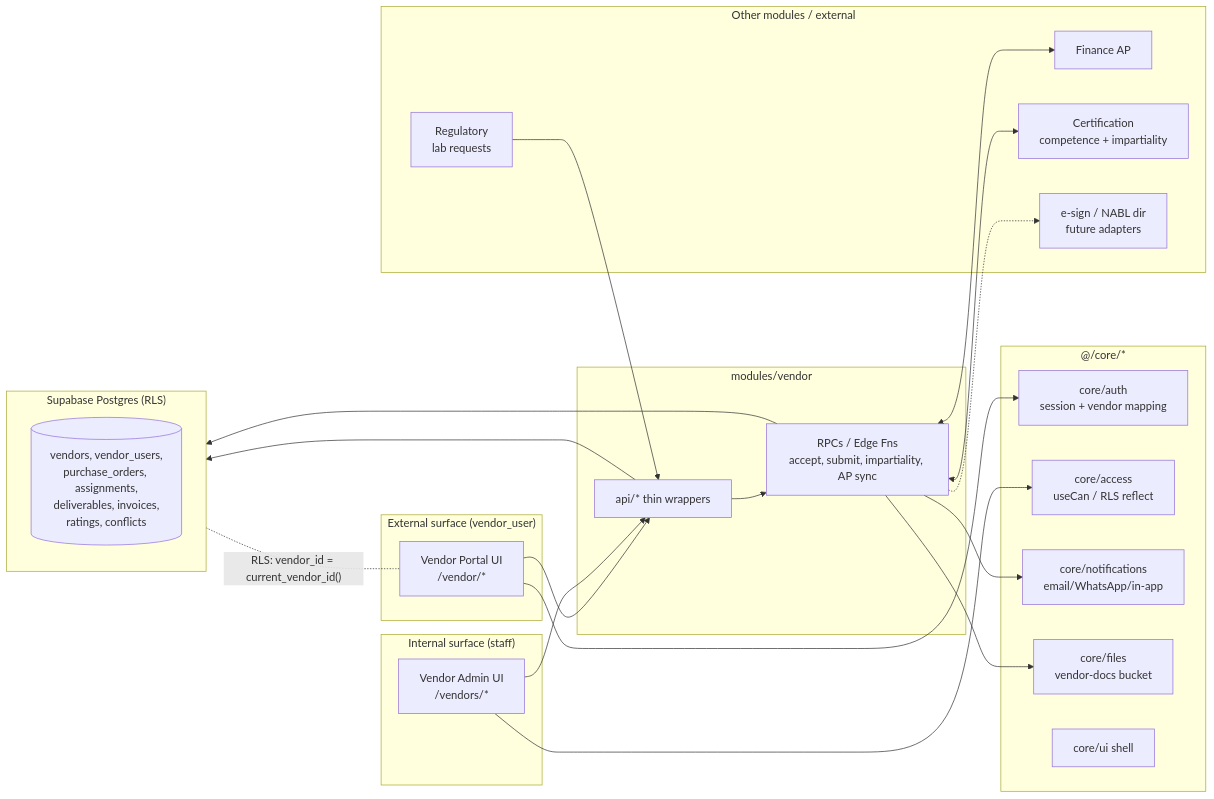
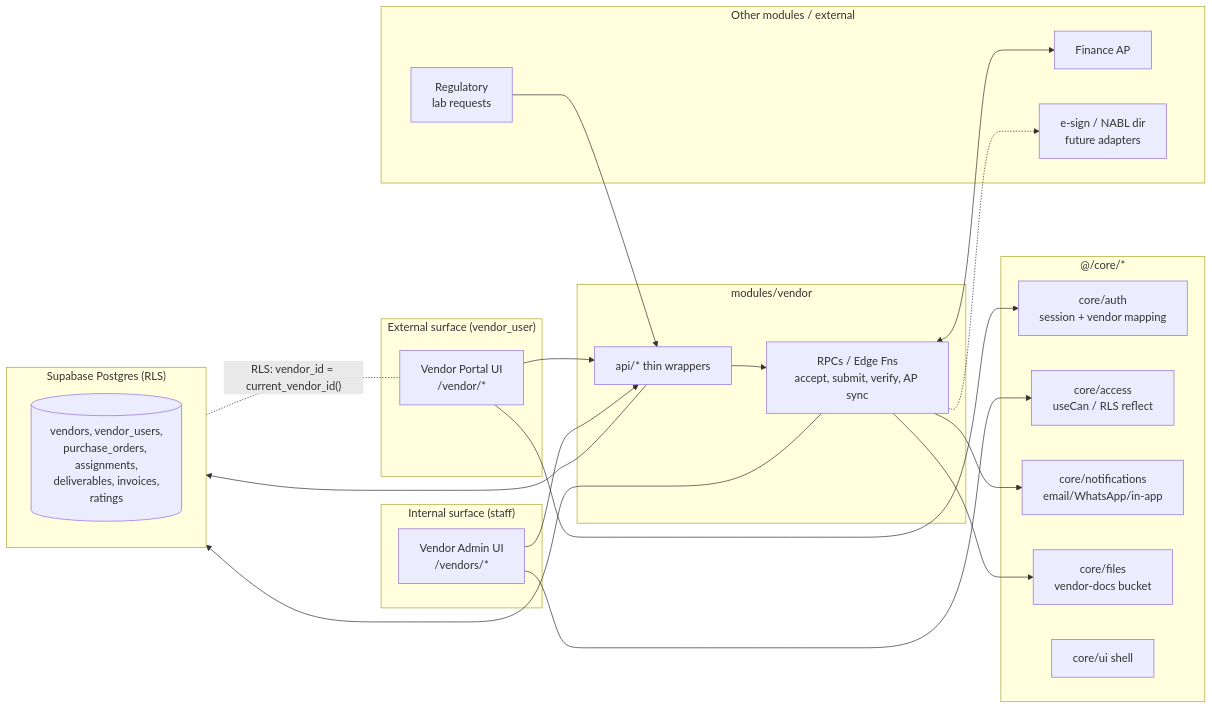
Before and after one commit to taruntps/tps-oms: the fourth of 4 diagrams in docs/architecture/modules/vendor-portal.md, drawn with Mermaid. The commit also changed other lines of this file and 21 other files, not shown here.

````diff
--- a/docs/architecture/modules/vendor-portal.md
+++ b/docs/architecture/modules/vendor-portal.md
@@ -502,48 +473,46 @@
 ```mermaid
 flowchart LR
   subgraph External["External surface (vendor_user)"]
     VP[Vendor Portal UI\n/vendor/*]
   end
   subgraph Internal["Internal surface (staff)"]
     IU[Vendor Admin UI\n/vendors/*]
   end
 
   subgraph Core["@/core/*"]
     AUTH[core/auth\nsession + vendor mapping]
     ACCESS[core/access\nuseCan / RLS reflect]
     NOTIF[core/notifications\nemail/WhatsApp/in-app]
     FILES[core/files\nvendor-docs bucket]
     UI[core/ui shell]
   end
 
   subgraph Mod["modules/vendor"]
     API[api/* thin wrappers]
-    RPC[RPCs / Edge Fns\naccept, submit, impartiality, AP sync]
+    RPC[RPCs / Edge Fns\naccept, submit, verify, AP sync]
   end
 
   subgraph DB["Supabase Postgres (RLS)"]
-    T[(vendors, vendor_users,\npurchase_orders, assignments,\ndeliverables, invoices,\nratings, conflicts)]
+    T[(vendors, vendor_users,\npurchase_orders, assignments,\ndeliverables, invoices,\nratings)]
   end
 
   subgraph Ext["Other modules / external"]
     FIN[Finance AP]
-    CERT[Certification\ncompetence + impartiality]
     REG[Regulatory\nlab requests]
     ESIGN[e-sign / NABL dir\nfuture adapters]
   end
 
   VP --> AUTH
   IU --> ACCESS
   VP --> API
   IU --> API
   API --> RPC
   RPC --> DB
   API --> DB
   DB -. "RLS: vendor_id = current_vendor_id()" .- VP
   RPC --> FILES
   RPC --> NOTIF
   RPC <--> FIN
-  RPC <--> CERT
   REG --> API
   RPC -.-> ESIGN
 ```
````
